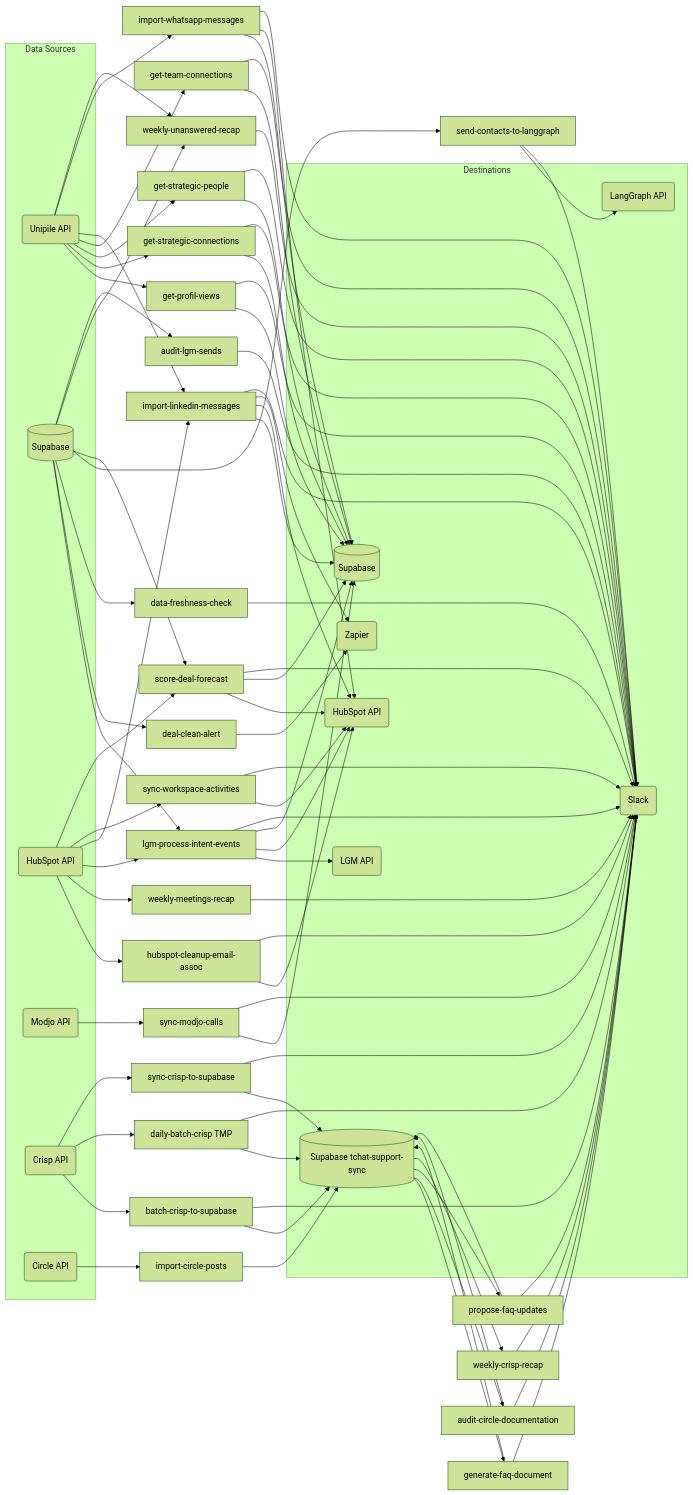
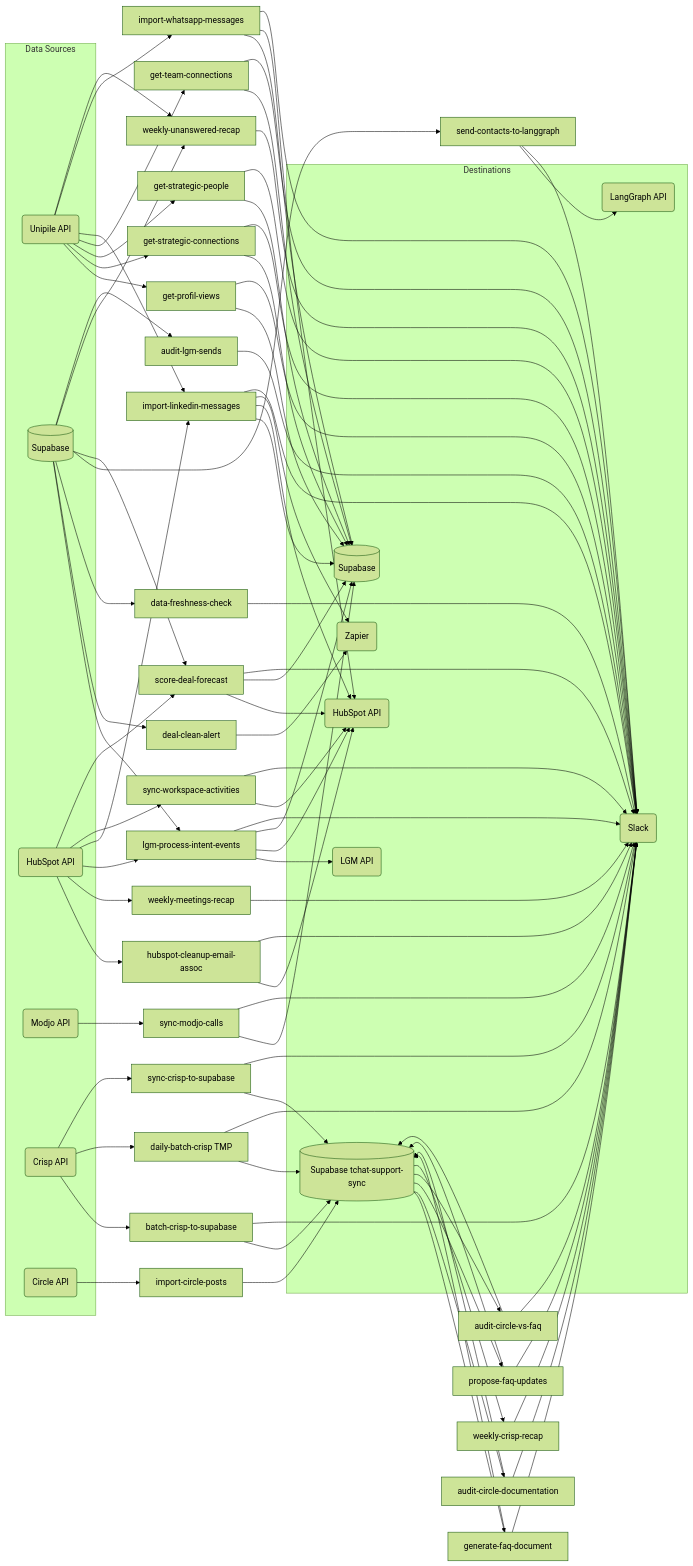
The first of 29 diagrams in CLAUDE.md (AirSaas/linkedin-scrapp), drawn with Mermaid (forest theme) before and after one commit. The commit also changed other lines of this file and 7 other files, not shown here.

First line of the commit message:
Add audit-circle-vs-faq task + extract shared FAQ/Circle helpers (#103)

````diff
--- a/CLAUDE.md
+++ b/CLAUDE.md
@@ -68,61 +72,63 @@
 ```mermaid
 flowchart LR
     subgraph src ["Data Sources"]
         UN(Unipile API)
         SB[(Supabase)]
         HS_I(HubSpot API)
         MJ(Modjo API)
         CR(Crisp API)
         CI(Circle API)
     end
 
     subgraph dst ["Destinations"]
         LGM_O(LGM API)
         HS_O(HubSpot API)
         SB_O[(Supabase)]
         SB_CR[(Supabase tchat-support-sync)]
         SL(Slack)
         ZP(Zapier)
         LG(LangGraph API)
     end
 
     UN --> GPV[get-profil-views] & GSC[get-strategic-connections] & GSP[get-strategic-people] & GTC[get-team-connections] & ILM[import-linkedin-messages] & IWM[import-whatsapp-messages]
     SB --> LPI[lgm-process-intent-events] & DCA[deal-clean-alert] & DFC[data-freshness-check] & SCL[send-contacts-to-langgraph] & SDF[score-deal-forecast]
     HS_I --> HCE[hubspot-cleanup-email-assoc] & WMR[weekly-meetings-recap] & LPI & ILM & SWA[sync-workspace-activities] & SDF
     MJ --> SMC[sync-modjo-calls]
     CR --> BCS[batch-crisp-to-supabase] & DBCS[daily-batch-crisp TMP] & SCS[sync-crisp-to-supabase]
     SB --> WUR[weekly-unanswered-recap]
     UN --> WUR
 
     GPV --> SB_O & SL
     GSC --> SB_O & SL
     GSP --> SB_O & SL
     GTC --> SB_O & SL
     LPI --> LGM_O & HS_O & SB_O & SL
     SB --> ALS[audit-lgm-sends]
     ALS --> SL
     HCE --> HS_O & SL
     SWA --> HS_O & SL
     ILM --> SB_O & HS_O & ZP & SL
     IWM --> SB_O & HS_O & SL
     WMR --> SL
     DCA --> ZP
     DFC --> SL
     SMC --> SB_O & SL
     SCL --> LG & SL
     SDF --> HS_O & SB_O & SL
     BCS --> SB_CR & SL
     DBCS --> SB_CR & SL
     SCS --> SB_CR & SL
     CI --> ICP[import-circle-posts]
     ICP --> SB_CR
     SB_CR --> GFD[generate-faq-document]
     GFD --> SB_CR & SL
     SB_CR --> ACD[audit-circle-documentation]
     ACD --> SB_CR & SL
     SB_CR --> PFU[propose-faq-updates]
     PFU --> SB_CR & SL
+    SB_CR --> ACF[audit-circle-vs-faq]
+    ACF --> SB_CR & SL
     SB_CR --> WCR[weekly-crisp-recap]
     WCR --> SL
     WUR --> SL
 ```
````
